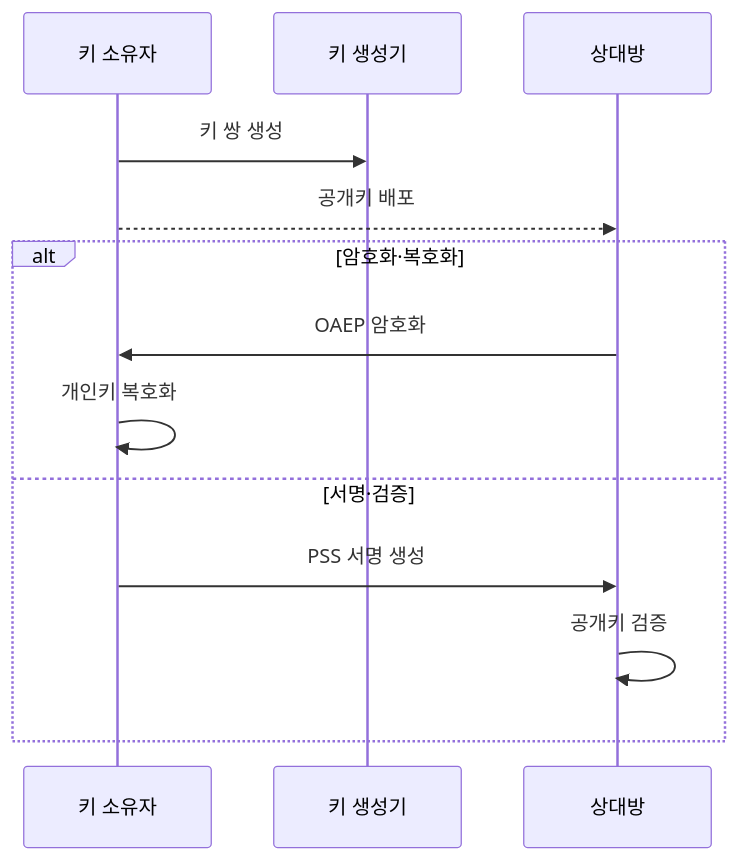
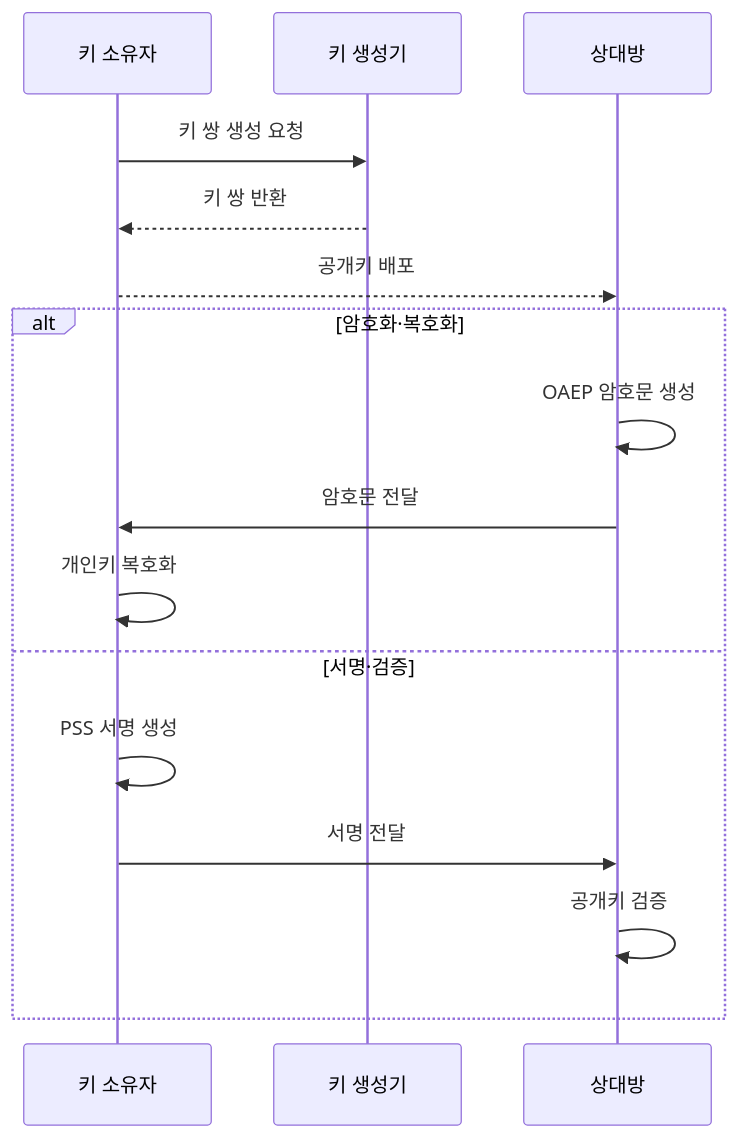
One commit to agnusdei1207/knowledge-base changed the second of 2 diagrams in src/content/docs/notes/01-basic-theory/059_crypto_math_rsa.md. Above: the diagram before and after it, drawn with Mermaid. The commit also changed other lines of this file and 7 other files, not shown here.

````diff
--- a/src/content/docs/notes/01-basic-theory/059_crypto_math_rsa.md
+++ b/src/content/docs/notes/01-basic-theory/059_crypto_math_rsa.md
@@ -96,15 +96,18 @@
 ```mermaid
 sequenceDiagram
     participant O as 키 소유자
     participant G as 키 생성기
     participant P as 상대방
-    O->>G: 키 쌍 생성
+    O->>G: 키 쌍 생성 요청
+    G-->>O: 키 쌍 반환
     O-->>P: 공개키 배포
     alt 암호화·복호화
-        P->>O: OAEP 암호화
+        P->>P: OAEP 암호문 생성
+        P->>O: 암호문 전달
         O->>O: 개인키 복호화
     else 서명·검증
-        O->>P: PSS 서명 생성
+        O->>O: PSS 서명 생성
+        O->>P: 서명 전달
         P->>P: 공개키 검증
     end
 ```
````
